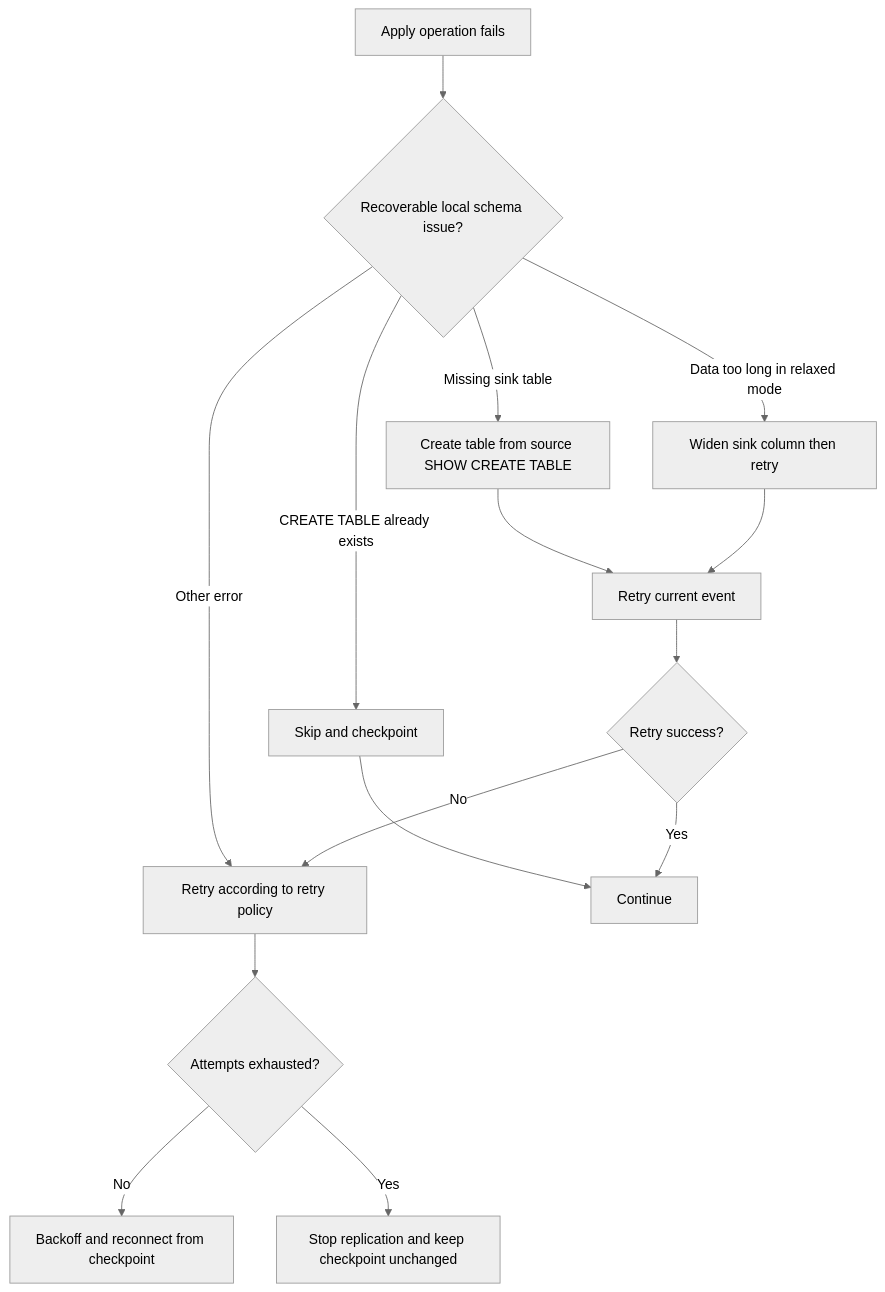
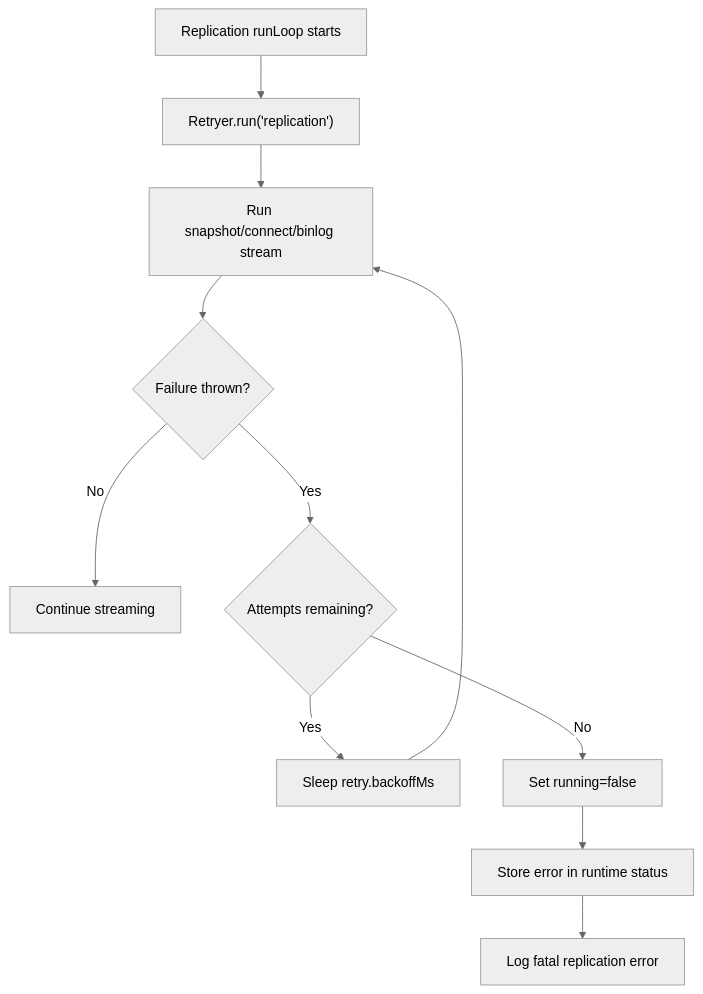
Diagram 12 of 12 in backend/docs/replication-flow.md (phongthinkvitals/thinkvitals-mysql-replicator), drawn with Mermaid (neutral theme) before and after one commit. The commit also changed other lines of this file and 9 other files, not shown here.

````diff
--- a/backend/docs/replication-flow.md
+++ b/backend/docs/replication-flow.md
@@ -349,17 +497,13 @@
 ```mermaid
 flowchart TD
-    A[Apply operation fails] --> B{Recoverable local schema issue?}
-    B -- Missing sink table --> C[Create table from source SHOW CREATE TABLE]
-    B -- Data too long in relaxed mode --> D[Widen sink column then retry]
-    B -- CREATE TABLE already exists --> E[Skip and checkpoint]
-    B -- Other error --> F[Retry according to retry policy]
-    C --> G[Retry current event]
-    D --> G
-    E --> H[Continue]
-    G --> I{Retry success?}
-    I -- Yes --> H
-    I -- No --> F
-    F --> J{Attempts exhausted?}
-    J -- No --> K[Backoff and reconnect from checkpoint]
-    J -- Yes --> L[Stop replication and keep checkpoint unchanged]
+    A["Replication runLoop starts"] --> B["Retryer.run('replication')"]
+    B --> C["Run snapshot/connect/binlog stream"]
+    C --> D{"Failure thrown?"}
+    D -- "No" --> E["Continue streaming"]
+    D -- "Yes" --> F{"Attempts remaining?"}
+    F -- "Yes" --> G["Sleep retry.backoffMs"]
+    G --> C
+    F -- "No" --> H["Set running=false"]
+    H --> I["Store error in runtime status"]
+    I --> J["Log fatal replication error"]
 ```
````
